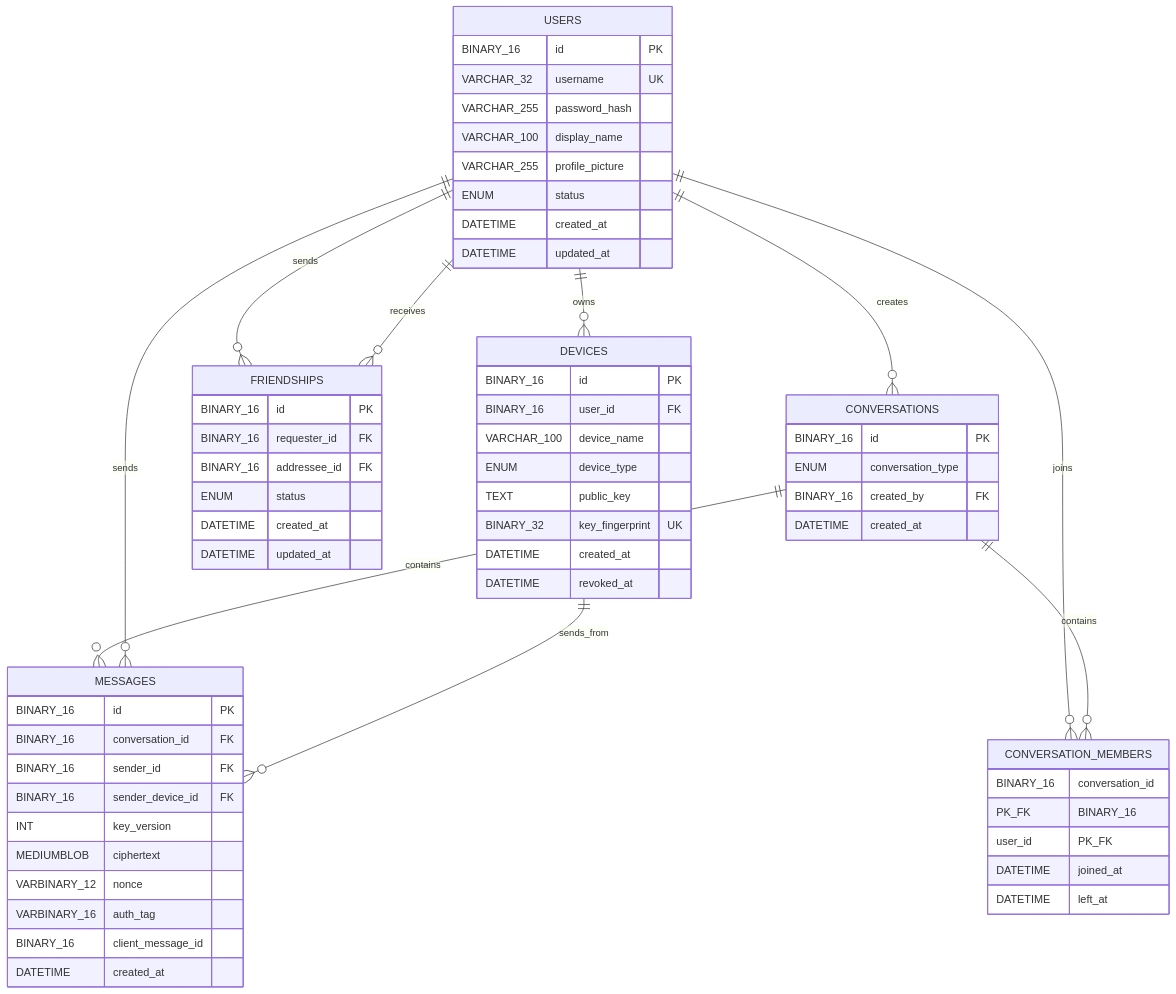
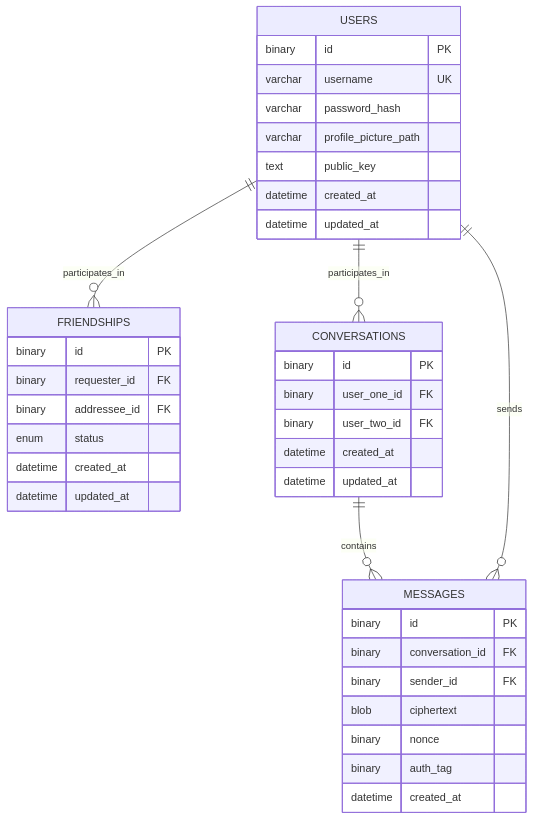
The diagram in docs/mysql-layout.md (Myob11/Seminar-Backend), drawn with Mermaid before and after one commit. The commit also changed other lines of this file and 1 other file, not shown here.

````diff
--- a/docs/mysql-layout.md
+++ b/docs/mysql-layout.md
@@ -9,70 +24,44 @@
 ```mermaid
 erDiagram
-    USERS ||--o{ DEVICES : owns
-    USERS ||--o{ FRIENDSHIPS : sends
-    USERS ||--o{ FRIENDSHIPS : receives
-    USERS ||--o{ CONVERSATIONS : creates
-    USERS ||--o{ CONVERSATION_MEMBERS : joins
-    CONVERSATIONS ||--o{ CONVERSATION_MEMBERS : contains
+    USERS ||--o{ FRIENDSHIPS : participates_in
+    USERS ||--o{ CONVERSATIONS : participates_in
     CONVERSATIONS ||--o{ MESSAGES : contains
     USERS ||--o{ MESSAGES : sends
-    DEVICES ||--o{ MESSAGES : sends_from
 
     USERS {
-        BINARY_16 id PK
-        VARCHAR_32 username UK
-        VARCHAR_255 password_hash
-        VARCHAR_100 display_name
-        VARCHAR_255 profile_picture
-        ENUM status
-        DATETIME created_at
-        DATETIME updated_at
-    }
-
-    DEVICES {
-        BINARY_16 id PK
-        BINARY_16 user_id FK
-        VARCHAR_100 device_name
-        ENUM device_type
-        TEXT public_key
-        BINARY_32 key_fingerprint UK
-        DATETIME created_at
-        DATETIME revoked_at
+        binary id PK
+        varchar username UK
+        varchar password_hash
+        varchar profile_picture_path
+        text public_key
+        datetime created_at
+        datetime updated_at
     }
 
     FRIENDSHIPS {
-        BINARY_16 id PK
-        BINARY_16 requester_id FK
-        BINARY_16 addressee_id FK
-        ENUM status
-        DATETIME created_at
-        DATETIME updated_at
+        binary id PK
+        binary requester_id FK
+        binary addressee_id FK
+        enum status
+        datetime created_at
+        datetime updated_at
     }
 
     CONVERSATIONS {
-        BINARY_16 id PK
-        ENUM conversation_type
-        BINARY_16 created_by FK
-        DATETIME created_at
-    }
-
-    CONVERSATION_MEMBERS {
-        BINARY_16 conversation_id PK_FK
-        BINARY_16 user_id PK_FK
-        DATETIME joined_at
-        DATETIME left_at
+        binary id PK
+        binary user_one_id FK
+        binary user_two_id FK
+        datetime created_at
+        datetime updated_at
     }
 
     MESSAGES {
-        BINARY_16 id PK
-        BINARY_16 conversation_id FK
-        BINARY_16 sender_id FK
-        BINARY_16 sender_device_id FK
-        INT key_version
-        MEDIUMBLOB ciphertext
-        VARBINARY_12 nonce
-        VARBINARY_16 auth_tag
-        BINARY_16 client_message_id
-        DATETIME created_at
+        binary id PK
+        binary conversation_id FK
+        binary sender_id FK
+        blob ciphertext
+        binary nonce
+        binary auth_tag
+        datetime created_at
     }
 ```
````
